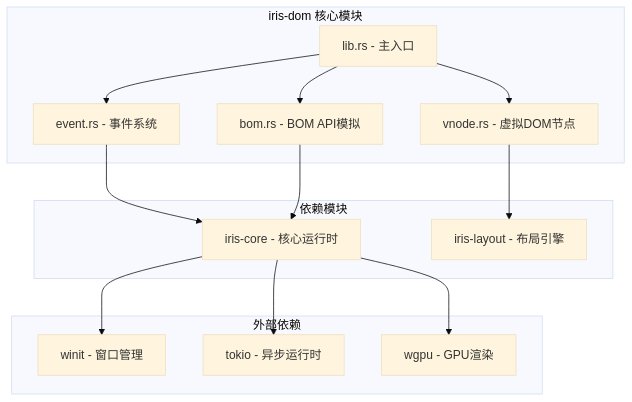
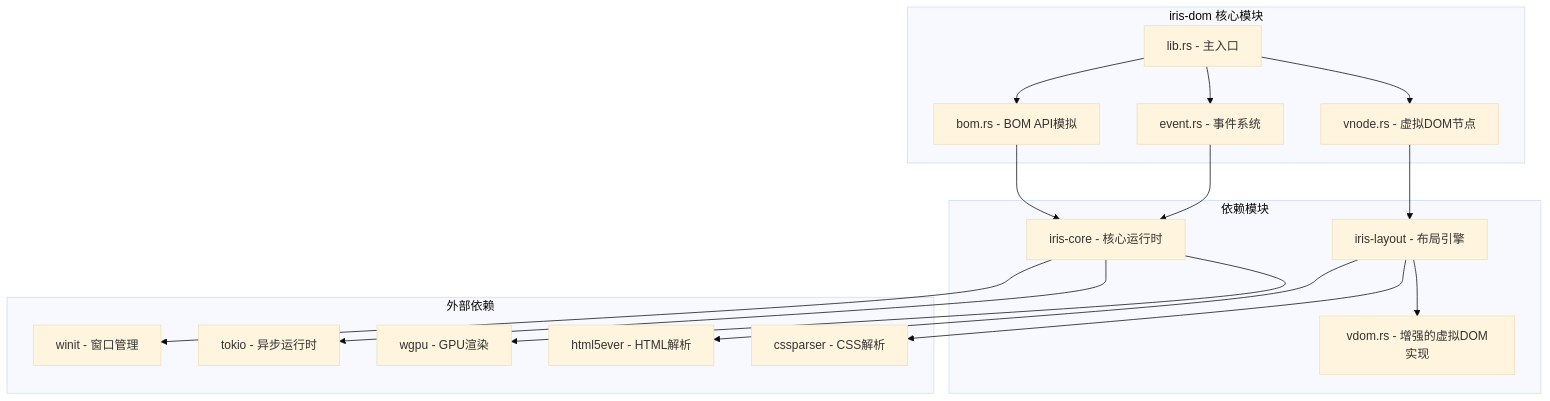
The first of 9 diagrams in .qoder/repowiki/zh/content/技术架构详解/跨端抽象层/iris-dom虚拟DOM系统.md (itszzl-sudo/iris), drawn with Mermaid (base theme) before and after one commit. The commit also changed other lines of this file and 10 other files, not shown here.

````diff
--- a/.qoder/repowiki/zh/content/技术架构详解/跨端抽象层/iris-dom虚拟DOM系统.md
+++ b/.qoder/repowiki/zh/content/技术架构详解/跨端抽象层/iris-dom虚拟DOM系统.md
@@ -38,27 +46,33 @@
 ```mermaid
 graph TB
 subgraph "iris-dom 核心模块"
 A[vnode.rs - 虚拟DOM节点]
 B[event.rs - 事件系统]
 C[bom.rs - BOM API模拟]
 D[lib.rs - 主入口]
 end
 subgraph "依赖模块"
 E[iris-core - 核心运行时]
 F[iris-layout - 布局引擎]
+G[vdom.rs - 增强的虚拟DOM实现]
 end
 subgraph "外部依赖"
-G[winit - 窗口管理]
-H[tokio - 异步运行时]
-I[wgpu - GPU渲染]
+H[winit - 窗口管理]
+I[tokio - 异步运行时]
+J[wgpu - GPU渲染]
+K[html5ever - HTML解析]
+L[cssparser - CSS解析]
 end
 D --> A
 D --> B
 D --> C
 A --> F
 B --> E
 C --> E
-E --> G
+F --> G
 E --> H
 E --> I
+E --> J
+F --> K
+F --> L
 ```
````
